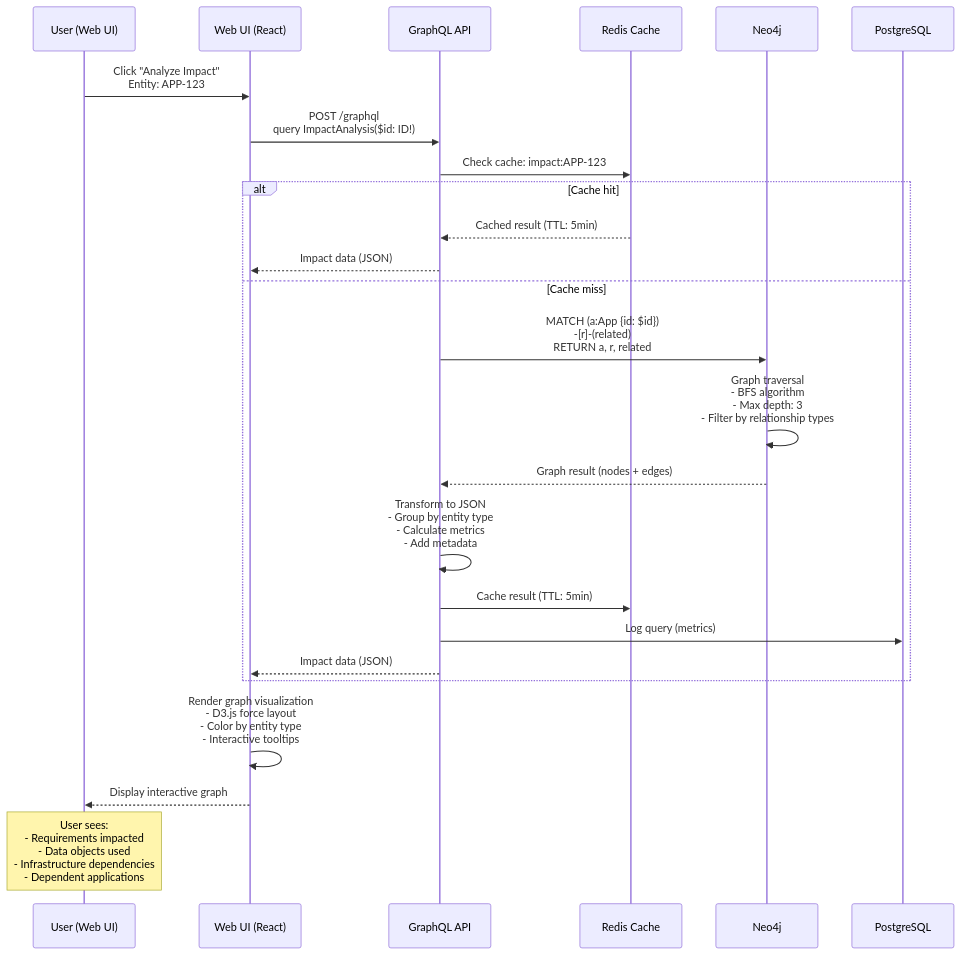
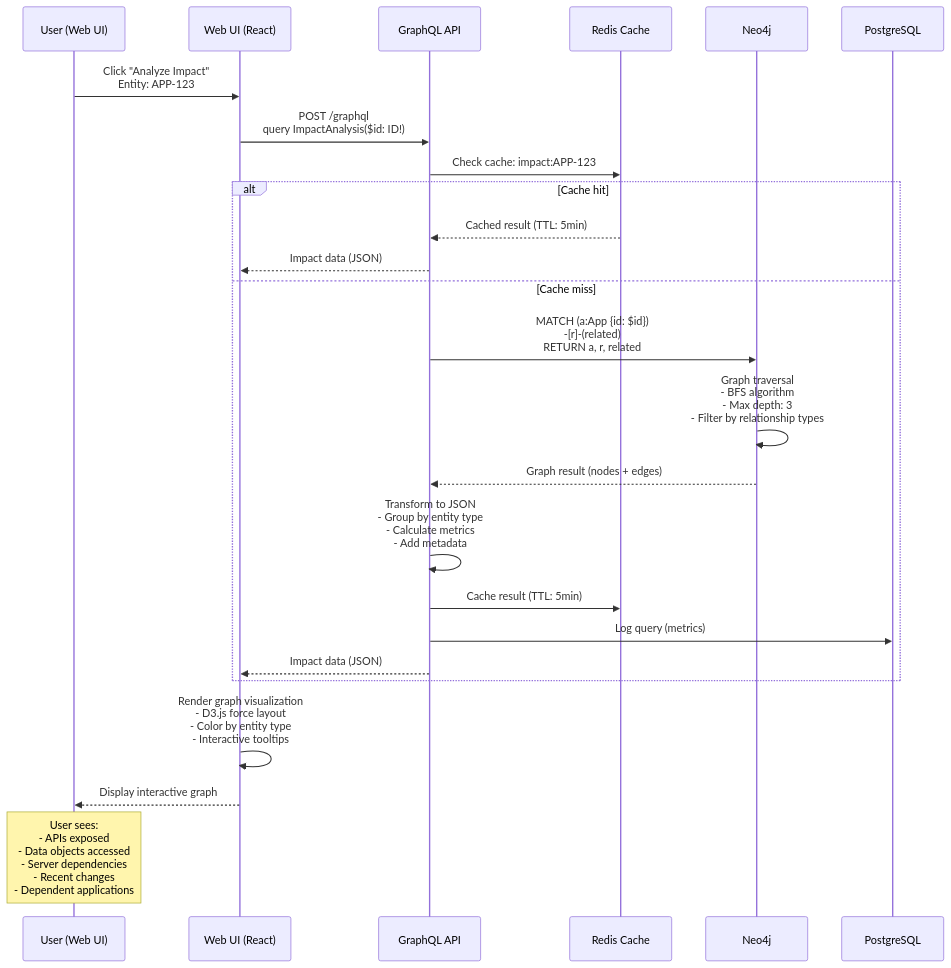
Before and after one commit to aware-noppadons/super-relativity: the fifth of 14 diagrams in poc-option-1/ARCHITECTURE.md, drawn with Mermaid. The commit also changed other lines of this file and 31 other files, not shown here.

First line of the commit message:
Simplify schema to 9 node types and update all documentation

````diff
--- a/poc-option-1/ARCHITECTURE.md
+++ b/poc-option-1/ARCHITECTURE.md
@@ -193,39 +193,39 @@
 ```mermaid
 sequenceDiagram
     participant U as User (Web UI)
     participant W as Web UI (React)
     participant G as GraphQL API
     participant R as Redis Cache
     participant N as Neo4j
     participant P as PostgreSQL
 
     U->>W: Click "Analyze Impact"<br/>Entity: APP-123
 
     W->>G: POST /graphql<br/>query ImpactAnalysis($id: ID!)
 
     G->>R: Check cache: impact:APP-123
 
     alt Cache hit
         R-->>G: Cached result (TTL: 5min)
         G-->>W: Impact data (JSON)
     else Cache miss
         G->>N: MATCH (a:App {id: $id})<br/>-[r]-(related)<br/>RETURN a, r, related
 
         N->>N: Graph traversal<br/>- BFS algorithm<br/>- Max depth: 3<br/>- Filter by relationship types
 
         N-->>G: Graph result (nodes + edges)
 
         G->>G: Transform to JSON<br/>- Group by entity type<br/>- Calculate metrics<br/>- Add metadata
 
         G->>R: Cache result (TTL: 5min)
         G->>P: Log query (metrics)
 
         G-->>W: Impact data (JSON)
     end
 
     W->>W: Render graph visualization<br/>- D3.js force layout<br/>- Color by entity type<br/>- Interactive tooltips
 
     W-->>U: Display interactive graph
 
-    Note over U: User sees:<br/>- Requirements impacted<br/>- Data objects used<br/>- Infrastructure dependencies<br/>- Dependent applications
+    Note over U: User sees:<br/>- APIs exposed<br/>- Data objects accessed<br/>- Server dependencies<br/>- Recent changes<br/>- Dependent applications
 ```
````
